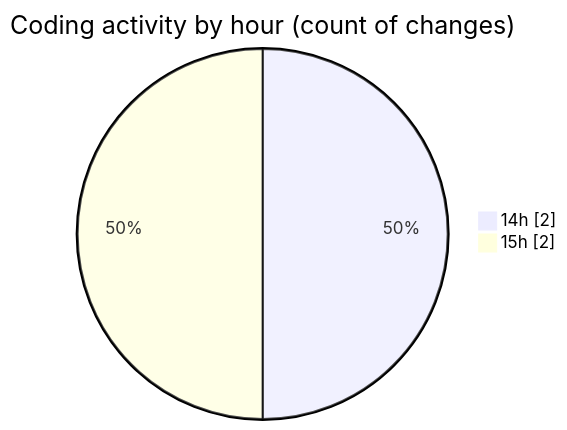
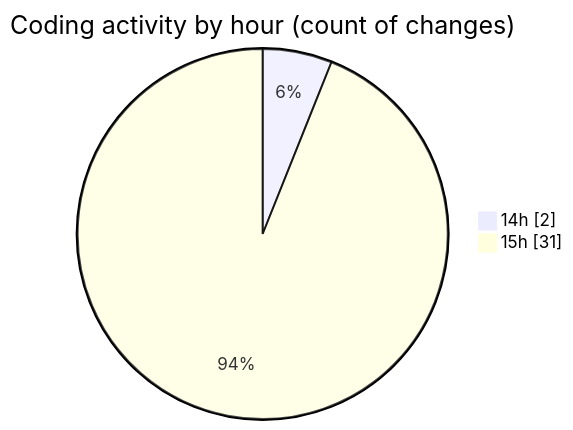
The second of 2 diagrams in 2026-07-15/cda/README.md (momahboobian/code-tracking), drawn with Mermaid before and after one commit. The commit also changed other lines of this file and 1 other file, not shown here.

````diff
--- a/2026-07-15/cda/README.md
+++ b/2026-07-15/cda/README.md
@@ -30,6 +61,6 @@
 ```mermaid
 pie showData
 title Coding activity by hour (count of changes)
 "14h" : 2
-"15h" : 2
+"15h" : 31
 ```
````
